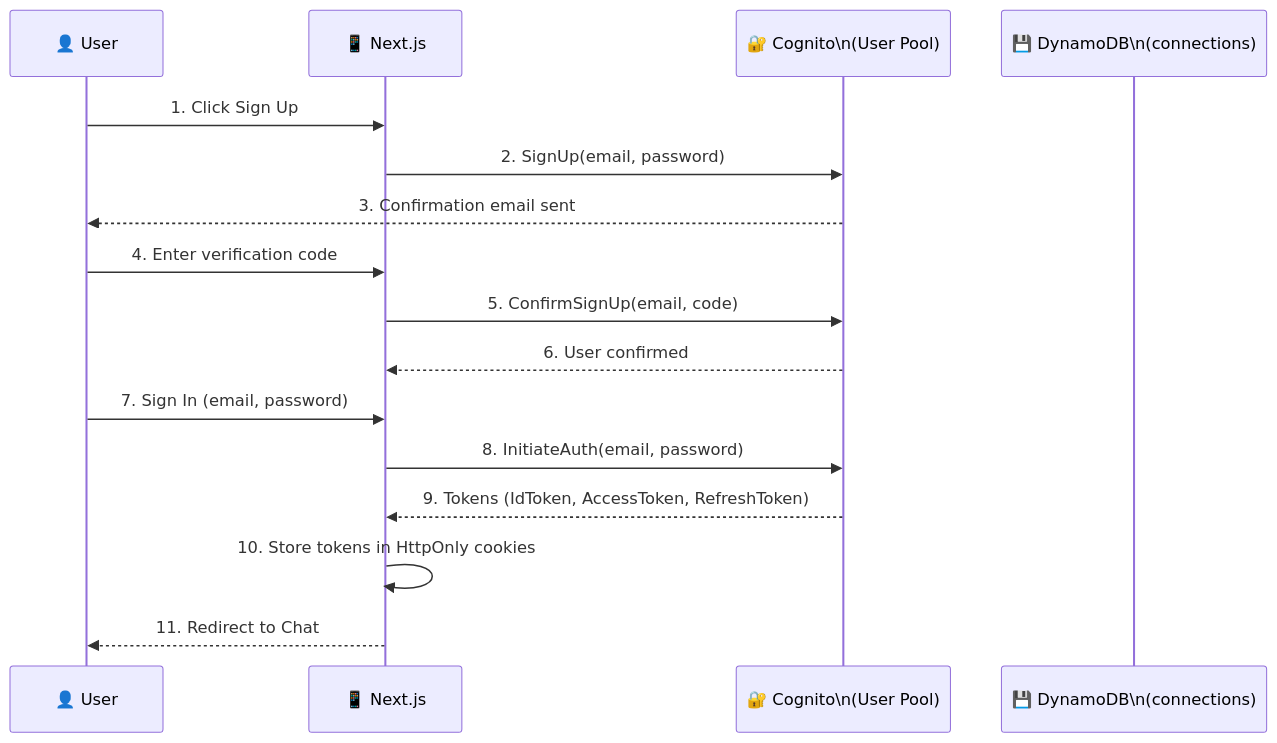
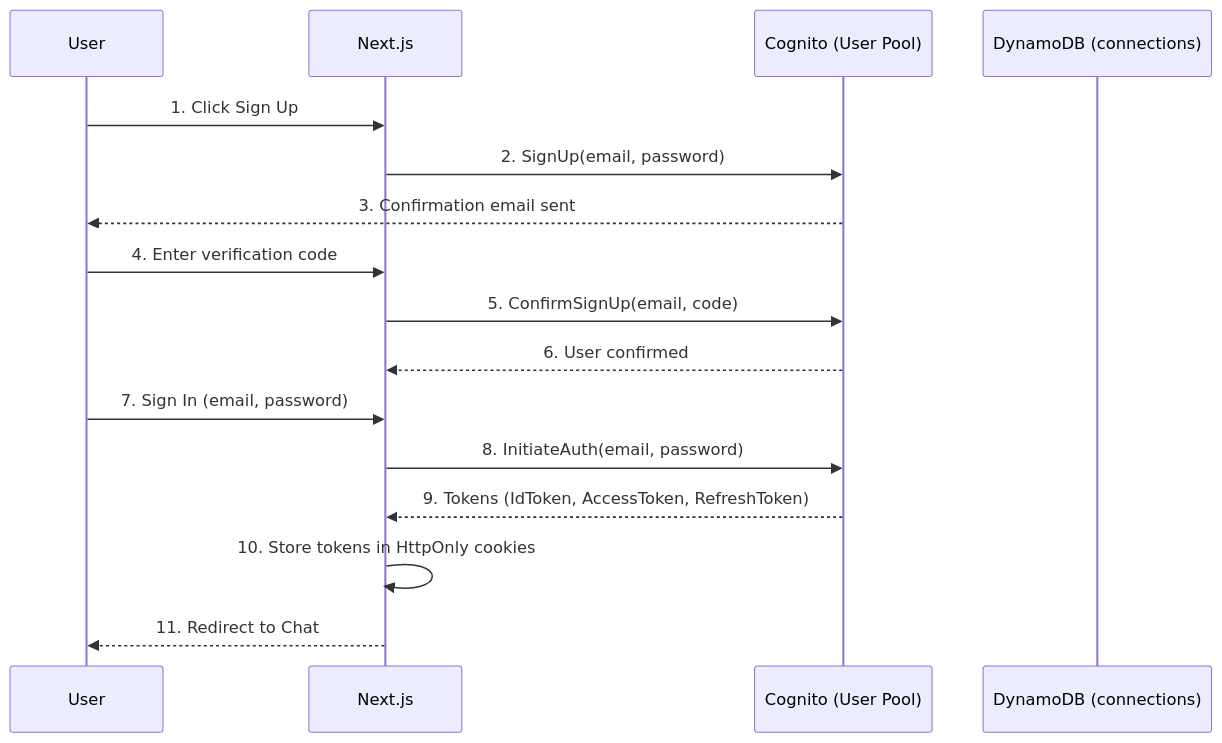
The second of 9 diagrams in technical_flow/architecture_diagram.md (sanketkkeni/messenger), drawn with Mermaid before and after one commit. The commit also changed other lines of this file and 2 other files, not shown here.

Commit message:
Fix Mermaid diagrams (remove special chars) and add architecture_diagram.md references

````diff
--- a/technical_flow/architecture_diagram.md
+++ b/technical_flow/architecture_diagram.md
@@ -108,22 +107,22 @@
 ```mermaid
 sequenceDiagram
-    participant User as 👤 User
-    participant Frontend as 📱 Next.js
-    participant Cognito as 🔐 Cognito\n(User Pool)
-    participant DynamoDB as 💾 DynamoDB\n(connections)
+    participant User as User
+    participant Frontend as Next.js
+    participant Cognito as Cognito (User Pool)
+    participant DynamoDB as DynamoDB (connections)
 
     User->>Frontend: 1. Click Sign Up
     Frontend->>Cognito: 2. SignUp(email, password)
     Cognito-->>User: 3. Confirmation email sent
 
     User->>Frontend: 4. Enter verification code
     Frontend->>Cognito: 5. ConfirmSignUp(email, code)
     Cognito-->>Frontend: 6. User confirmed
 
     User->>Frontend: 7. Sign In (email, password)
     Frontend->>Cognito: 8. InitiateAuth(email, password)
     Cognito-->>Frontend: 9. Tokens (IdToken, AccessToken, RefreshToken)
 
     Frontend->>Frontend: 10. Store tokens in HttpOnly cookies
     Frontend-->>User: 11. Redirect to Chat
 ```
````
